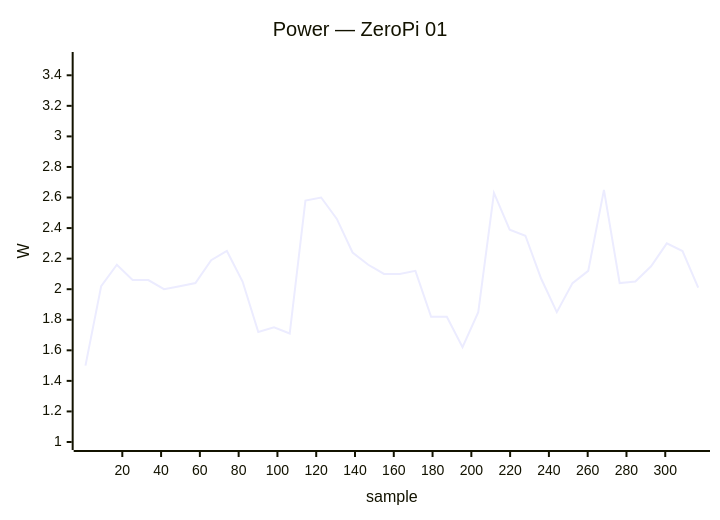
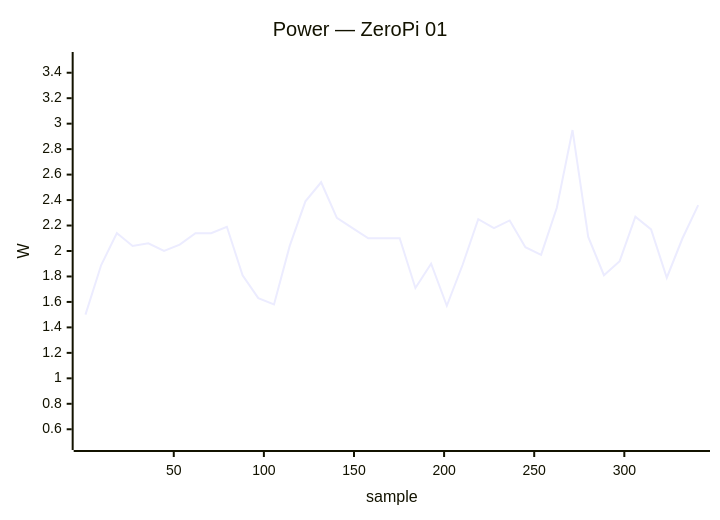
Diagram 24 of 24 in docs/status/board-tests.md (armbian/documentation), drawn with Mermaid before and after one commit. The commit also changed other lines of this file, not shown here.

````diff
--- a/docs/status/board-tests.md
+++ b/docs/status/board-tests.md
@@ -1245,7 +1230,7 @@
     ```mermaid
     xychart-beta
         title "Power — ZeroPi 01"
-        x-axis "sample" 1 --> 317
-        y-axis "W" 1.0 --> 3.5
-        line [1.50, 2.02, 2.16, 2.06, 2.06, 2.00, 2.02, 2.04, 2.19, 2.25, 2.05, 1.72, 1.75, 1.71, 2.58, 2.60, 2.46, 2.24, 2.16, 2.10, 2.10, 2.12, 1.82, 1.82, 1.62, 1.85, 2.63, 2.39, 2.35, 2.07, 1.85, 2.04, 2.12, 2.65, 2.04, 2.05, 2.15, 2.30, 2.25, 2.01]
+        x-axis "sample" 1 --> 341
+        y-axis "W" 0.5 --> 3.5
+        line [1.50, 1.89, 2.14, 2.04, 2.06, 2.00, 2.05, 2.14, 2.14, 2.19, 1.81, 1.63, 1.58, 2.04, 2.39, 2.54, 2.26, 2.18, 2.10, 2.10, 2.10, 1.71, 1.90, 1.57, 1.89, 2.25, 2.18, 2.24, 2.03, 1.97, 2.34, 2.95, 2.11, 1.81, 1.92, 2.27, 2.17, 1.79, 2.10, 2.36]
     ```
````
